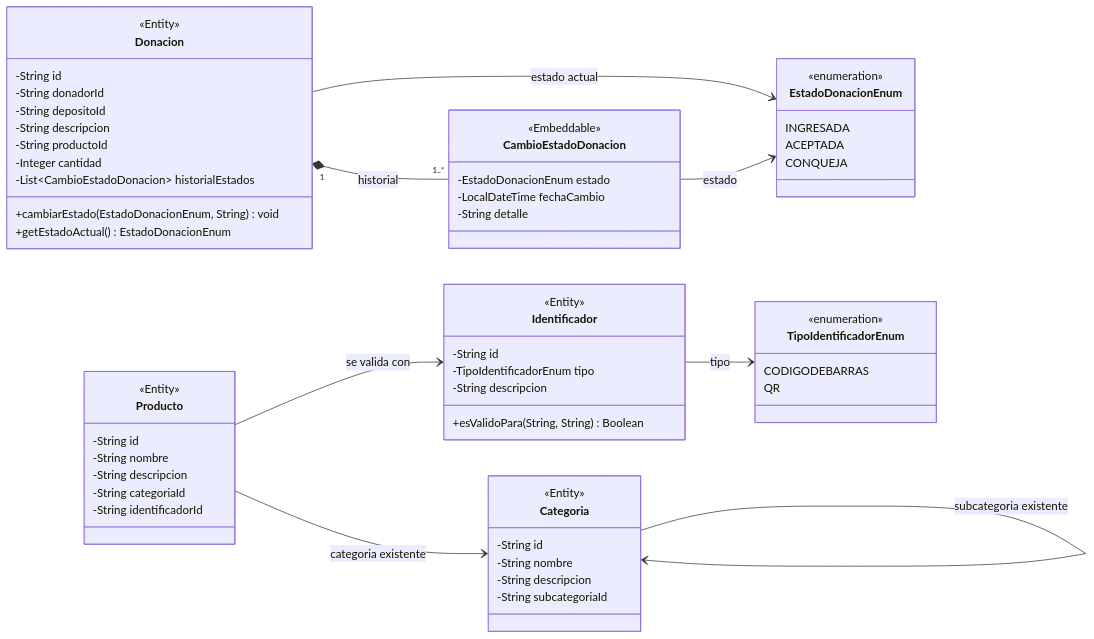
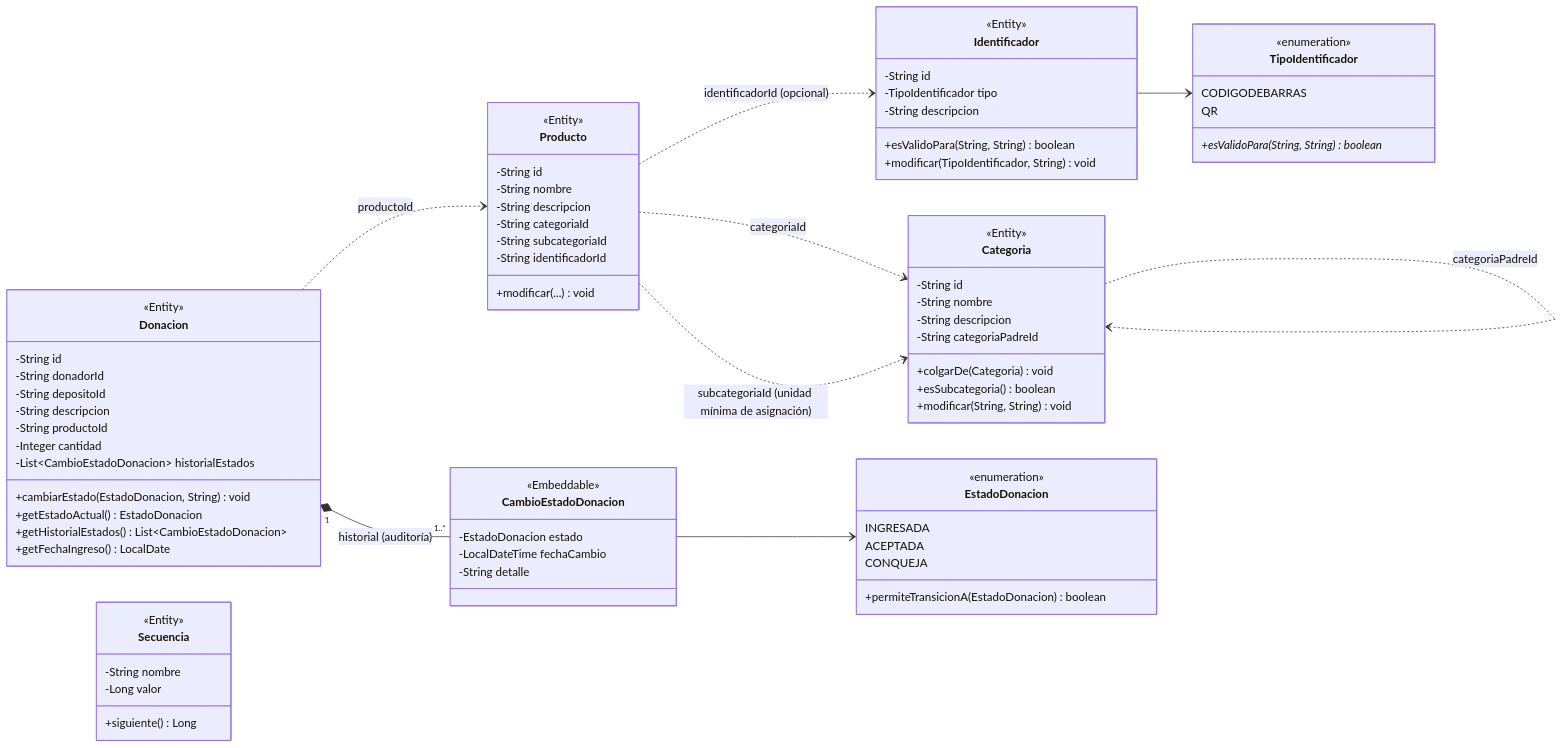
The diagram in docs/clases.md (2026-ddsi-tpa-diseno-en-beta/donaciones), drawn with Mermaid before and after one commit. The commit also changed other lines of this file and 57 other files, not shown here.

First line of the commit message:
Identificador opcional, subcategorias y ABM completo

````diff
--- a/docs/clases.md
+++ b/docs/clases.md
@@ -17,13 +18,15 @@
   -String productoId
   -Integer cantidad
   -List~CambioEstadoDonacion~ historialEstados
-  +cambiarEstado(EstadoDonacionEnum, String) void
-  +getEstadoActual() EstadoDonacionEnum
+  +cambiarEstado(EstadoDonacion, String) void
+  +getEstadoActual() EstadoDonacion
+  +getHistorialEstados() List~CambioEstadoDonacion~
+  +getFechaIngreso() LocalDate
 }
 
 class CambioEstadoDonacion {
   <<Embeddable>>
-  -EstadoDonacionEnum estado
+  -EstadoDonacion estado
   -LocalDateTime fechaCambio
   -String detalle
 }
@@ -34,7 +37,9 @@
   -String nombre
   -String descripcion
   -String categoriaId
+  -String subcategoriaId
   -String identificadorId
+  +modificar(...) void
 }
 
 class Categoria {
@@ -42,35 +47,49 @@
   -String id
   -String nombre
   -String descripcion
-  -String subcategoriaId
+  -String categoriaPadreId
+  +colgarDe(Categoria) void
+  +esSubcategoria() boolean
+  +modificar(String, String) void
 }
 
 class Identificador {
   <<Entity>>
   -String id
-  -TipoIdentificadorEnum tipo
+  -TipoIdentificador tipo
   -String descripcion
-  +esValidoPara(String, String) Boolean
+  +esValidoPara(String, String) boolean
+  +modificar(TipoIdentificador, String) void
 }
 
-class EstadoDonacionEnum {
+class Secuencia {
+  <<Entity>>
+  -String nombre
+  -Long valor
+  +siguiente() Long
+}
+
+class EstadoDonacion {
   <<enumeration>>
   INGRESADA
   ACEPTADA
   CONQUEJA
+  +permiteTransicionA(EstadoDonacion) boolean
 }
 
-class TipoIdentificadorEnum {
+class TipoIdentificador {
   <<enumeration>>
   CODIGODEBARRAS
   QR
+  +esValidoPara(String, String)* boolean
 }
 
-Donacion "1" *-- "1..*" CambioEstadoDonacion : historial
-Donacion --> EstadoDonacionEnum : estado actual
-CambioEstadoDonacion --> EstadoDonacionEnum : estado
-Producto --> Categoria : categoria existente
-Producto --> Identificador : se valida con
-Categoria --> Categoria : subcategoria existente
-Identificador --> TipoIdentificadorEnum : tipo
+Donacion "1" *-- "1..*" CambioEstadoDonacion : historial (auditoría)
+CambioEstadoDonacion --> EstadoDonacion
+Identificador --> TipoIdentificador
+Donacion ..> Producto : productoId
+Producto ..> Categoria : categoriaId
+Producto ..> Categoria : subcategoriaId (unidad mínima de asignación)
+Producto ..> Identificador : identificadorId (opcional)
+Categoria ..> Categoria : categoriaPadreId
 ```
````
